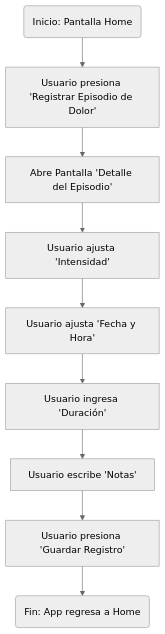
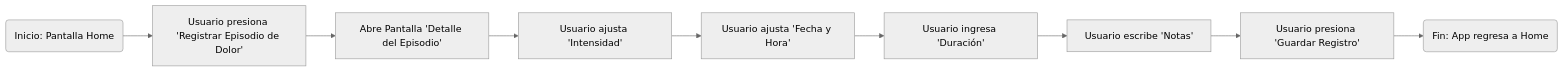
Before and after one commit to janisepulveda/auna: the fourth of 4 diagrams in apuntes/README.md, drawn with Mermaid (neutral theme). The commit also changed other lines of this file, not shown here.

Commit message:
Change flowchart direction from TD to LR in diagrams

````diff
--- a/apuntes/README.md
+++ b/apuntes/README.md
@@ -77,19 +77,19 @@
 ```mermaid
-flowchart TD
+flowchart LR
     A("Inicio: Pantalla Home") --> B@{ label: "Usuario presiona 'Registrar Episodio de Dolor'" }
     B --> C@{ label: "Abre Pantalla 'Detalle del Episodio'" }
     C --> D@{ label: "Usuario ajusta 'Intensidad'" }
     D --> E@{ label: "Usuario ajusta 'Fecha y Hora'" }
     E --> F@{ label: "Usuario ingresa 'Duración'" }
     F --> G@{ label: "Usuario escribe 'Notas'" }
     G --> H@{ label: "Usuario presiona 'Guardar Registro'" }
     H --> I("Fin: App regresa a Home")
 
     B@{ shape: rect}
     C@{ shape: rect}
     D@{ shape: rect}
     E@{ shape: rect}
     F@{ shape: rect}
     G@{ shape: rect}
     H@{ shape: rect}
 ```
````
